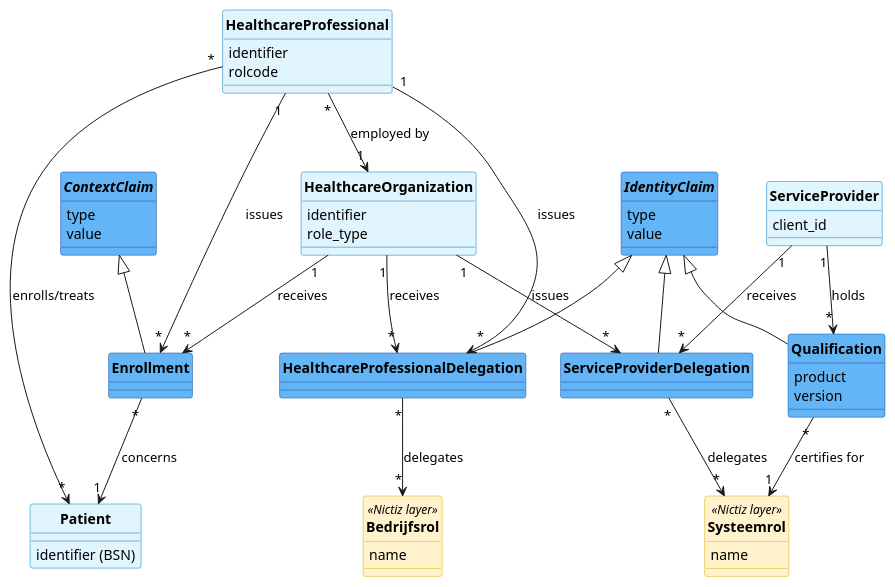
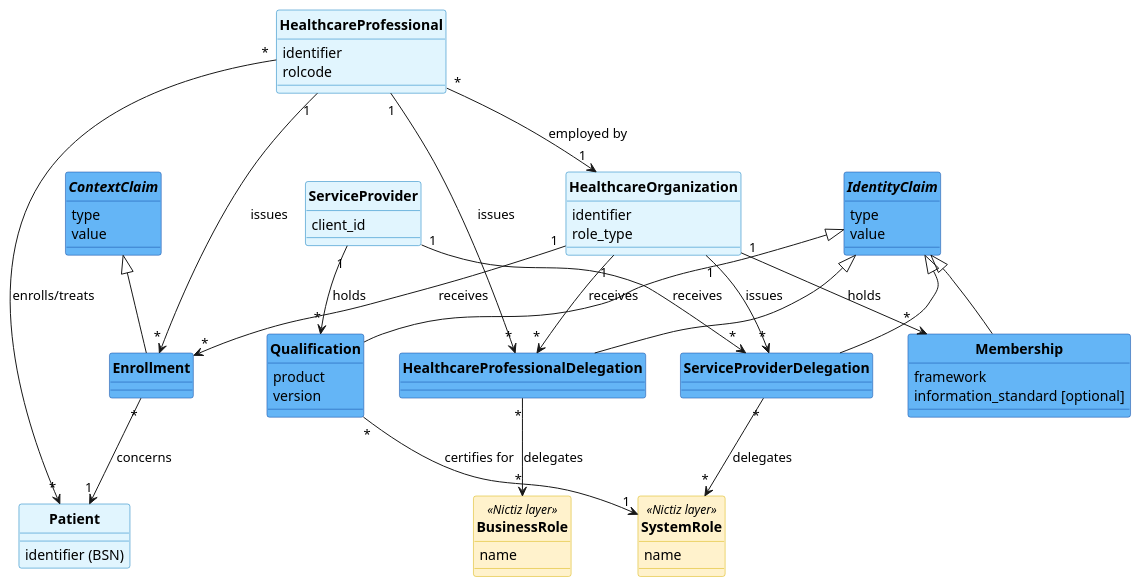
The diagram in input/images-source/authorization-model-layer2.plantuml (nuts-foundation/nl-generic-functions-ig), drawn with PlantUML before and after one commit. The commit also changed 7 other files, not shown here.

```diff
--- a/input/images-source/authorization-model-layer2.plantuml
+++ b/input/images-source/authorization-model-layer2.plantuml
@@ -5,81 +5,94 @@
 @startuml authorization-model-layer2
 
 skinparam defaultFontName Arial
 skinparam backgroundColor white
 skinparam roundcorner 5
 skinparam classFontStyle bold
 skinparam classBackgroundColor #E1F5FE
 skinparam classBorderColor #0277BD
 hide circle
 
 ' === Layer 1 (Nictiz) roles the credentials concern/delegate - yellow ===
-class Systeemrol <<Nictiz layer>> #FFF2CC ##D6B000 {
+class SystemRole <<Nictiz layer>> #FFF2CC ##D6B000 {
   name
 }
-class Bedrijfsrol <<Nictiz layer>> #FFF2CC ##D6B000 {
+class BusinessRole <<Nictiz layer>> #FFF2CC ##D6B000 {
   name
 }
 
 ' === Actors - pale blue ===
 class HealthcareProfessional {
   identifier
   rolcode
 }
 class HealthcareOrganization {
   identifier
   role_type
 }
 class ServiceProvider {
   client_id
 }
 class Patient {
   identifier (BSN)
 }
 
 ' === Identity claims carried by credentials (about the requester) - mid-blue ===
 abstract class IdentityClaim #64B5F6 ##0D47A1 {
   type
   value
 }
 class Qualification #64B5F6 ##0D47A1 {
   product
   version
 }
 class HealthcareProfessionalDelegation #64B5F6 ##0D47A1
 class ServiceProviderDelegation #64B5F6 ##0D47A1
+class Membership #64B5F6 ##0D47A1 {
+  framework
+  information_standard [optional]
+}
 
 Qualification -up-|> IdentityClaim
 HealthcareProfessionalDelegation -up-|> IdentityClaim
 ServiceProviderDelegation -up-|> IdentityClaim
+Membership -up-|> IdentityClaim
 
 ' === Context claims (about the request and the patient) - mid-blue ===
 abstract class ContextClaim #64B5F6 ##0D47A1 {
   type
   value
 }
 class Enrollment #64B5F6 ##0D47A1
 
 Enrollment -up-|> ContextClaim
 
-' === Qualification: held by the service provider, certifies it for a systeemrol ===
+' === Qualification: held by the service provider, certifies it for a system role ===
 ServiceProvider "1" --> "*" Qualification : holds
-Qualification "*" --> "1" Systeemrol : certifies for
+Qualification "*" --> "1" SystemRole : certifies for
 
-' === Delegation chain: HCP -> HCO (bedrijfsrol), HCO -> SP (systeemrol) ===
+' === Membership: organisational admission to a framework / information standard ===
+HealthcareOrganization "1" --> "*" Membership : holds
+
+' === Delegation chain: HCP -> HCO (business role), HCO -> SP (system role) ===
 HealthcareProfessional "1" --> "*" HealthcareProfessionalDelegation : issues
 HealthcareOrganization "1" --> "*" HealthcareProfessionalDelegation : receives
-HealthcareProfessionalDelegation "*" --> "*" Bedrijfsrol : delegates
+HealthcareProfessionalDelegation "*" --> "*" BusinessRole : delegates
 
 HealthcareOrganization "1" --> "*" ServiceProviderDelegation : issues
 ServiceProvider "1" --> "*" ServiceProviderDelegation : receives
-ServiceProviderDelegation "*" --> "*" Systeemrol : delegates
+ServiceProviderDelegation "*" --> "*" SystemRole : delegates
 
 HealthcareProfessional "*" --> "1" HealthcareOrganization : employed by
 HealthcareProfessional "*" --> "*" Patient : enrolls/treats
 
 ' === Enrollment: the professional enrolls the patient at the organisation ===
 HealthcareProfessional "1" --> "*" Enrollment : issues
 HealthcareOrganization "1" --> "*" Enrollment : receives
 Enrollment "*" --> "1" Patient : concerns
 
+' === Layout: credentials in one row so the IdentityClaim arrows run parallel (hidden, no semantics) ===
+Qualification -[hidden]right- HealthcareProfessionalDelegation
+HealthcareProfessionalDelegation -[hidden]right- ServiceProviderDelegation
+ServiceProviderDelegation -[hidden]right- Membership
+
 @enduml
```
